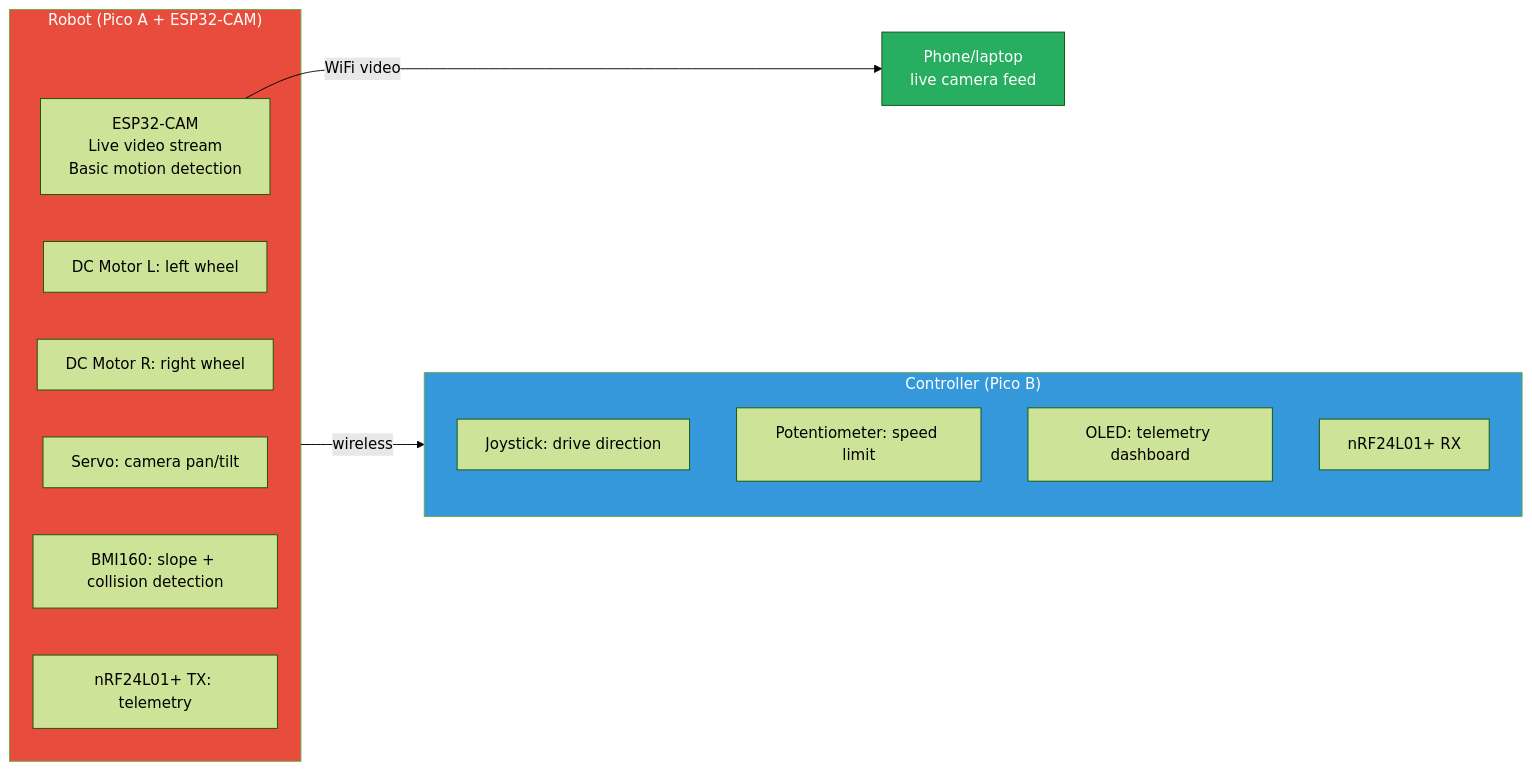
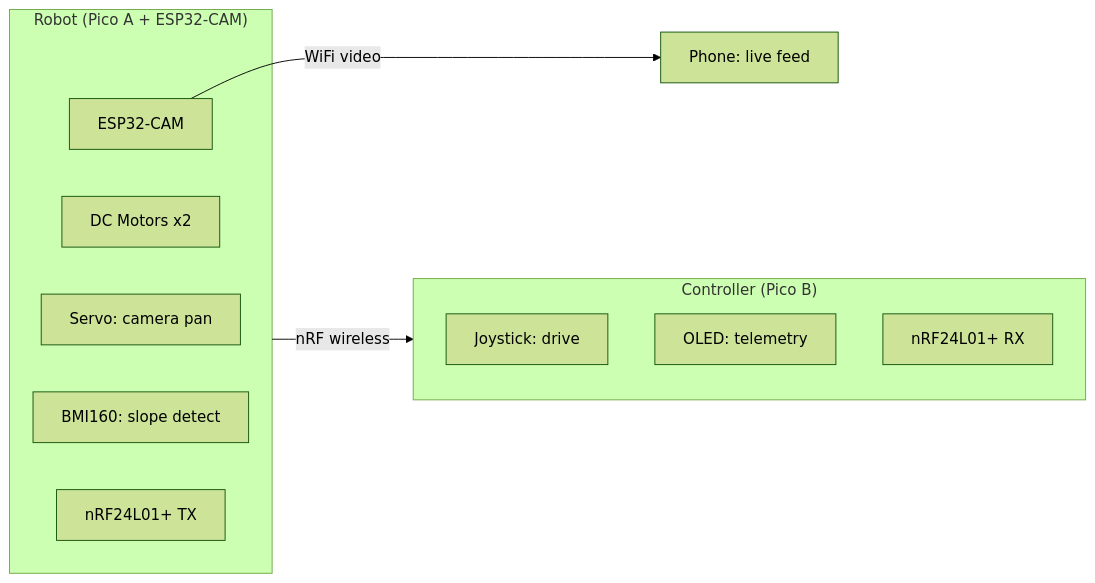
Diagram 11 of 13 in docs/idea-shortlist-v2.md (doyun-gu/hack-a-bot-2026), drawn with Mermaid (forest theme) before and after one commit. The commit also changed other lines of this file and 3 other files, not shown here.

First line of the commit message:
Clean up diagrams + add EEE theory + ventilation application

````diff
--- a/docs/idea-shortlist-v2.md
+++ b/docs/idea-shortlist-v2.md
@@ -492,25 +447,19 @@
 ```mermaid
 graph LR
     subgraph ROBOT["Robot (Pico A + ESP32-CAM)"]
-        CAM["ESP32-CAM<br/>Live video stream<br/>Basic motion detection"]
-        MOTOR_L["DC Motor L: left wheel"]
-        MOTOR_R["DC Motor R: right wheel"]
-        SERVO_CAM["Servo: camera pan/tilt"]
-        IMU_R["BMI160: slope + collision detection"]
-        NRF_R["nRF24L01+ TX: telemetry"]
+        R1[ESP32-CAM]
+        R2[DC Motors x2]
+        R3[Servo: camera pan]
+        R4[BMI160: slope detect]
+        R5[nRF24L01+ TX]
     end
 
     subgraph CTRL["Controller (Pico B)"]
-        JOY_C["Joystick: drive direction"]
-        POT_C["Potentiometer: speed limit"]
-        OLED_C["OLED: telemetry dashboard"]
-        NRF_C["nRF24L01+ RX"]
+        C1[Joystick: drive]
+        C2[OLED: telemetry]
+        C3[nRF24L01+ RX]
     end
 
-    ROBOT -->|"wireless"| CTRL
-    CAM -->|"WiFi video"| PHONE["Phone/laptop<br/>live camera feed"]
-
-    style ROBOT fill:#e74c3c,color:#fff
-    style CTRL fill:#3498db,color:#fff
-    style PHONE fill:#27ae60,color:#fff
+    ROBOT -->|nRF wireless| CTRL
+    R1 -->|WiFi video| PHONE[Phone: live feed]
 ```
````
